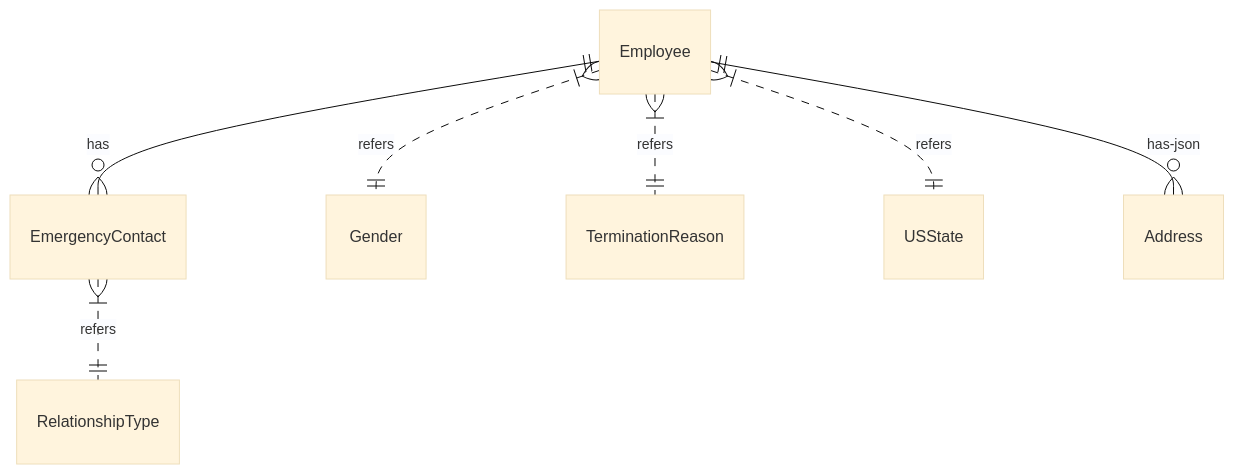
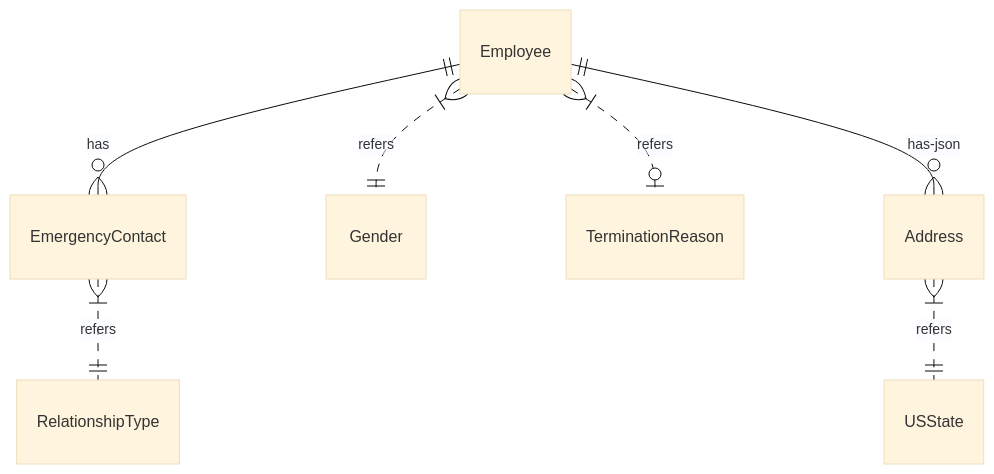
One commit to Avanade/Beef changed the diagram in samples/My.Hr/docs/Employee-DB.md. Above: the diagram before and after it, drawn with Mermaid (base theme). The commit also changed 1 other file, not shown here.

Commit message:
Update Mermaid diagrams

````diff
--- a/samples/My.Hr/docs/Employee-DB.md
+++ b/samples/My.Hr/docs/Employee-DB.md
@@ -15,9 +15,9 @@
 ``` mermaid
 erDiagram
     Employee ||--o{ EmergencyContact : has
     Employee }|..|| Gender : refers
-    Employee }|..|| TerminationReason : refers
-    Employee }|..|| USState : refers
+    Employee }|..o| TerminationReason : refers
+    Address }|..|| USState : refers
     Employee ||--o{ Address : has-json
     EmergencyContact }|..|| RelationshipType : refers
 ```
````
